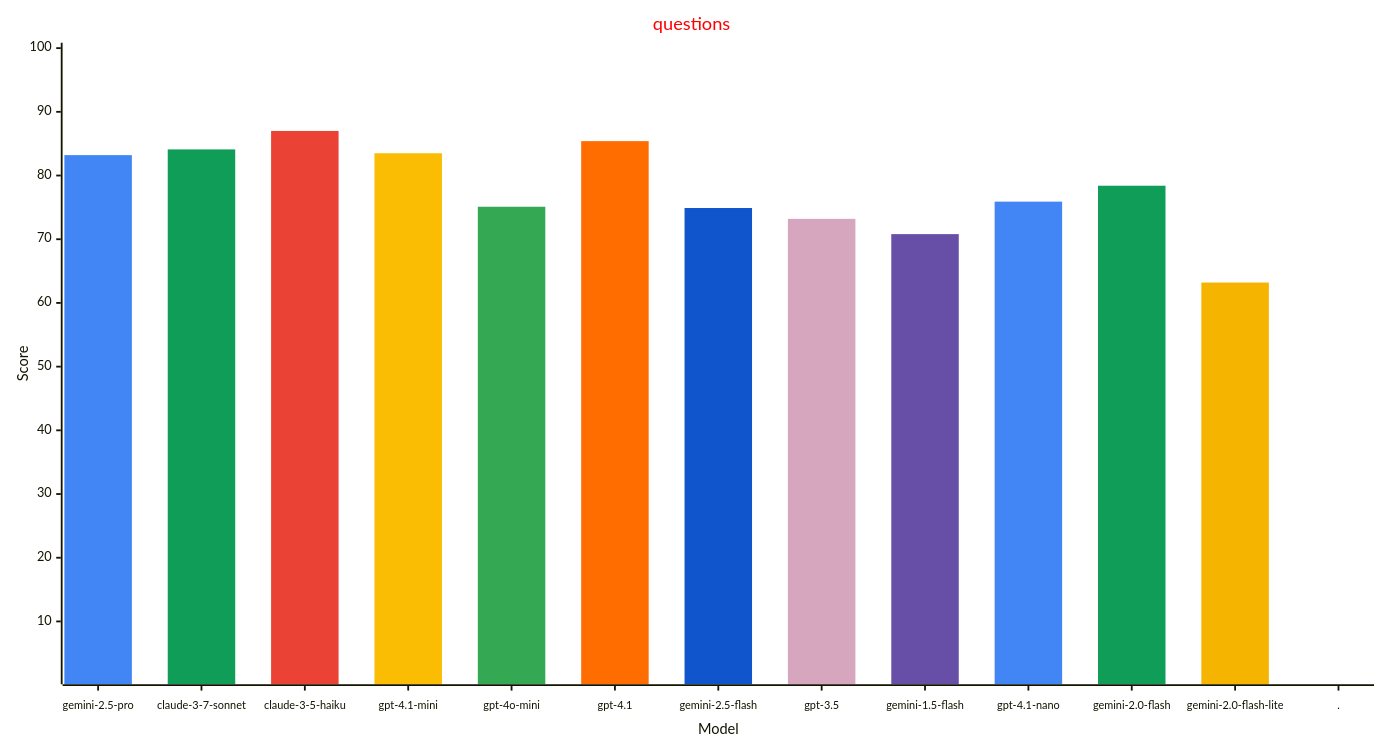
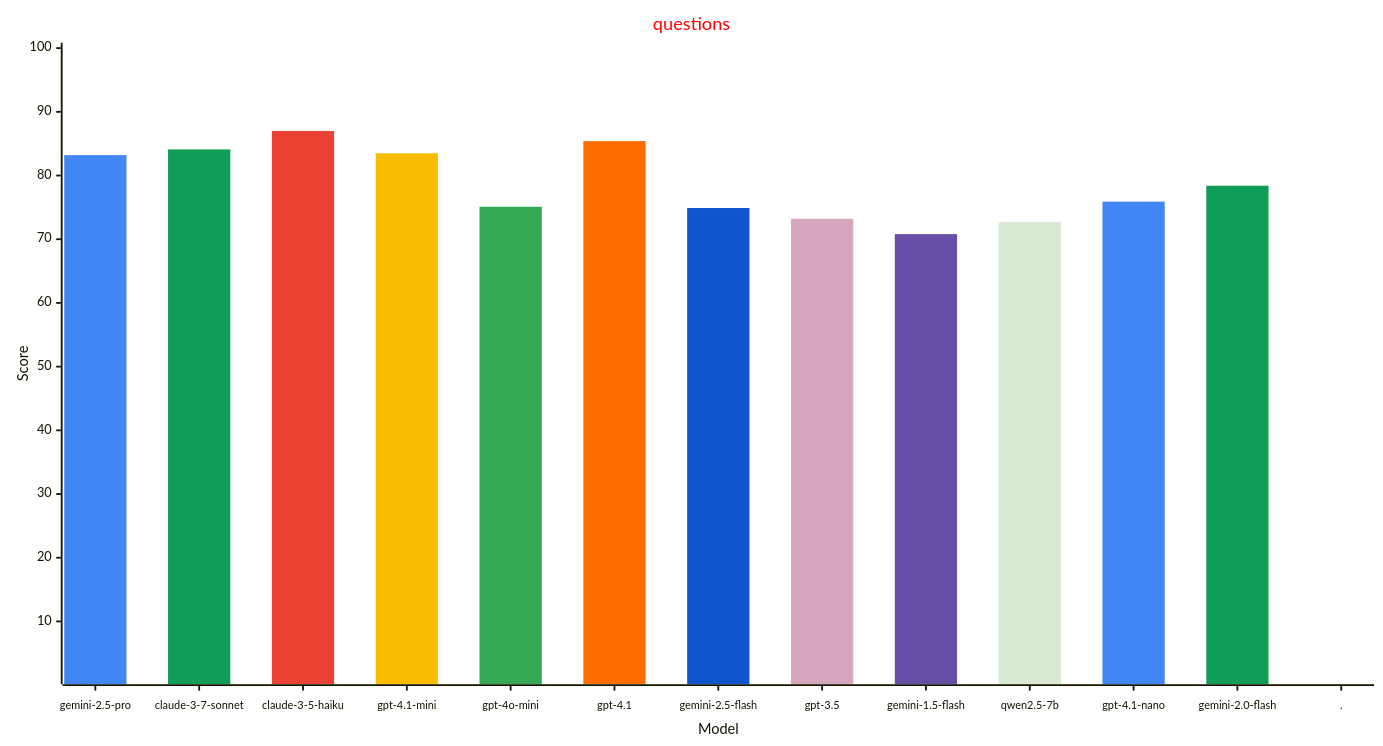
One commit to allenporter/home-assistant-datasets changed the third of 4 diagrams in reports/README.md. Above: the diagram before and after it, drawn with Mermaid. The commit also changed other lines of this file and 8 other files, not shown here.

````diff
--- a/reports/README.md
+++ b/reports/README.md
@@ -155,33 +155,33 @@
 ```mermaid
 ---
 config:
     xyChart:
         width: 1500
         height: 800
         xAxis:
           labelFontSize: 12
           labelPadding: 8
     themeVariables:
         xyChart:
             titleColor: "#ff0000"
-            plotColorPalette: "#4285f4, #0f9d58, #ea4335, #fbbc04, #34a853, #ff6d01, #1155cc, #d5a6bd, #674ea7, #4285f4, #0f9d58, #f4b400, #4285f4"
+            plotColorPalette: "#4285f4, #0f9d58, #ea4335, #fbbc04, #34a853, #ff6d01, #1155cc, #d5a6bd, #674ea7, #d9ead3, #4285f4, #0f9d58, #4285f4"
 
 ---
 xychart-beta
   title "questions"
-  x-axis "Model" [gemini-2.5-pro, claude-3-7-sonnet, claude-3-5-haiku, gpt-4.1-mini, gpt-4o-mini, gpt-4.1, gemini-2.5-flash, gpt-3.5, gemini-1.5-flash, gpt-4.1-nano, gemini-2.0-flash, gemini-2.0-flash-lite, .]
+  x-axis "Model" [gemini-2.5-pro, claude-3-7-sonnet, claude-3-5-haiku, gpt-4.1-mini, gpt-4o-mini, gpt-4.1, gemini-2.5-flash, gpt-3.5, gemini-1.5-flash, qwen2.5-7b, gpt-4.1-nano, gemini-2.0-flash, .]
   y-axis "Score" 1 --> 100
   bar [83.2, 0.0, 0.0, 0.0, 0.0, 0.0, 0.0, 0.0, 0.0, 0.0, 0.0, 0.0, 0.0]
   bar [0.0, 84.1, 0.0, 0.0, 0.0, 0.0, 0.0, 0.0, 0.0, 0.0, 0.0, 0.0, 0.0]
   bar [0.0, 0.0, 87.0, 0.0, 0.0, 0.0, 0.0, 0.0, 0.0, 0.0, 0.0, 0.0, 0.0]
   bar [0.0, 0.0, 0.0, 83.5, 0.0, 0.0, 0.0, 0.0, 0.0, 0.0, 0.0, 0.0, 0.0]
   bar [0.0, 0.0, 0.0, 0.0, 75.1, 0.0, 0.0, 0.0, 0.0, 0.0, 0.0, 0.0, 0.0]
   bar [0.0, 0.0, 0.0, 0.0, 0.0, 85.4, 0.0, 0.0, 0.0, 0.0, 0.0, 0.0, 0.0]
   bar [0.0, 0.0, 0.0, 0.0, 0.0, 0.0, 74.9, 0.0, 0.0, 0.0, 0.0, 0.0, 0.0]
   bar [0.0, 0.0, 0.0, 0.0, 0.0, 0.0, 0.0, 73.2, 0.0, 0.0, 0.0, 0.0, 0.0]
   bar [0.0, 0.0, 0.0, 0.0, 0.0, 0.0, 0.0, 0.0, 70.8, 0.0, 0.0, 0.0, 0.0]
-  bar [0.0, 0.0, 0.0, 0.0, 0.0, 0.0, 0.0, 0.0, 0.0, 75.9, 0.0, 0.0, 0.0]
-  bar [0.0, 0.0, 0.0, 0.0, 0.0, 0.0, 0.0, 0.0, 0.0, 0.0, 78.4, 0.0, 0.0]
-  bar [0.0, 0.0, 0.0, 0.0, 0.0, 0.0, 0.0, 0.0, 0.0, 0.0, 0.0, 63.2, 0.0]
+  bar [0.0, 0.0, 0.0, 0.0, 0.0, 0.0, 0.0, 0.0, 0.0, 72.7, 0.0, 0.0, 0.0]
+  bar [0.0, 0.0, 0.0, 0.0, 0.0, 0.0, 0.0, 0.0, 0.0, 0.0, 75.9, 0.0, 0.0]
+  bar [0.0, 0.0, 0.0, 0.0, 0.0, 0.0, 0.0, 0.0, 0.0, 0.0, 0.0, 78.4, 0.0]
   bar [0.0, 0.0, 0.0, 0.0, 0.0, 0.0, 0.0, 0.0, 0.0, 0.0, 0.0, 0.0, -1.0]
 ```
````
